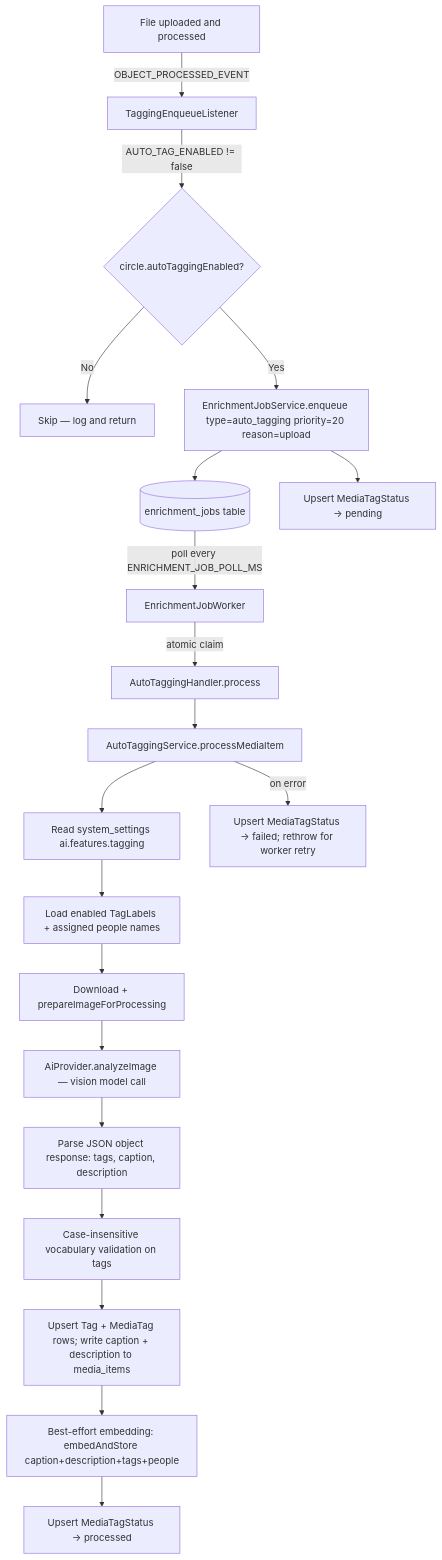
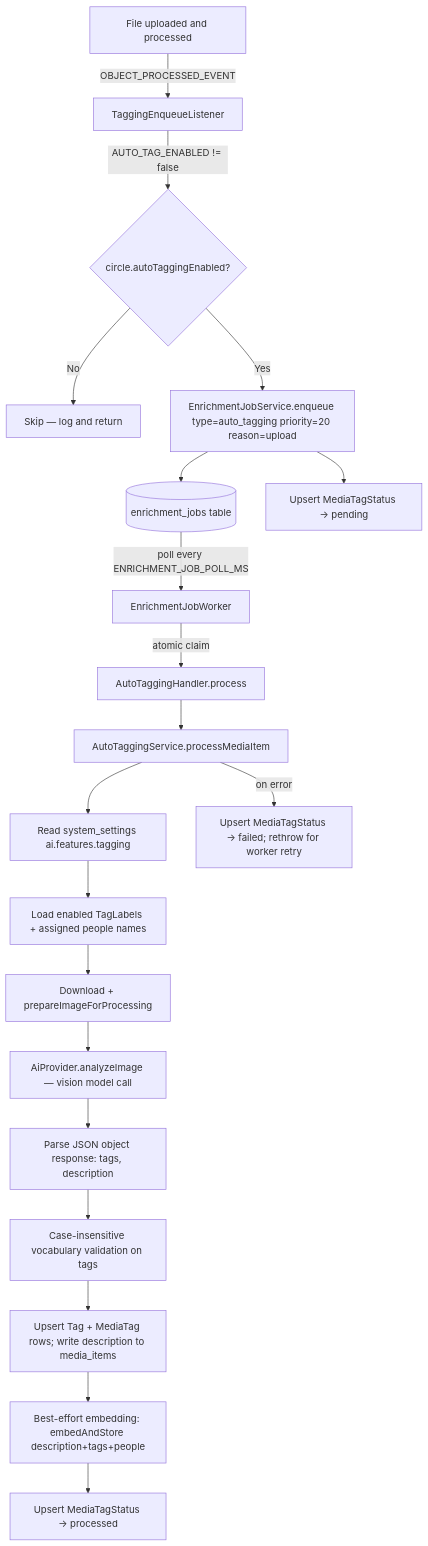
Before and after one commit to marinoscar/MemoriaHub: the diagram in docs/specs/auto-tagging.md, drawn with Mermaid. The commit also changed other lines of this file and 6 other files, not shown here.

First line of the commit message:
docs: remove media caption references (description-only)

````diff
--- a/docs/specs/auto-tagging.md
+++ b/docs/specs/auto-tagging.md
@@ -50,22 +50,22 @@
 ```mermaid
 flowchart TD
     A[File uploaded and processed] -->|OBJECT_PROCESSED_EVENT| B[TaggingEnqueueListener]
     B -->|AUTO_TAG_ENABLED != false| C{circle.autoTaggingEnabled?}
     C -->|No| D[Skip — log and return]
     C -->|Yes| E[EnrichmentJobService.enqueue type=auto_tagging priority=20 reason=upload]
     E --> F[(enrichment_jobs table)]
     E --> G[Upsert MediaTagStatus → pending]
     F -->|poll every ENRICHMENT_JOB_POLL_MS| H[EnrichmentJobWorker]
     H -->|atomic claim| I[AutoTaggingHandler.process]
     I --> J[AutoTaggingService.processMediaItem]
     J --> K[Read system_settings ai.features.tagging]
     K --> L[Load enabled TagLabels + assigned people names]
     L --> M[Download + prepareImageForProcessing]
     M --> N[AiProvider.analyzeImage — vision model call]
-    N --> O[Parse JSON object response: tags, caption, description]
+    N --> O[Parse JSON object response: tags, description]
     O --> P[Case-insensitive vocabulary validation on tags]
-    P --> Q[Upsert Tag + MediaTag rows; write caption + description to media_items]
-    Q --> R[Best-effort embedding: embedAndStore caption+description+tags+people]
+    P --> Q[Upsert Tag + MediaTag rows; write description to media_items]
+    Q --> R[Best-effort embedding: embedAndStore description+tags+people]
     R --> S[Upsert MediaTagStatus → processed]
     J -->|on error| T[Upsert MediaTagStatus → failed; rethrow for worker retry]
 ```
````
